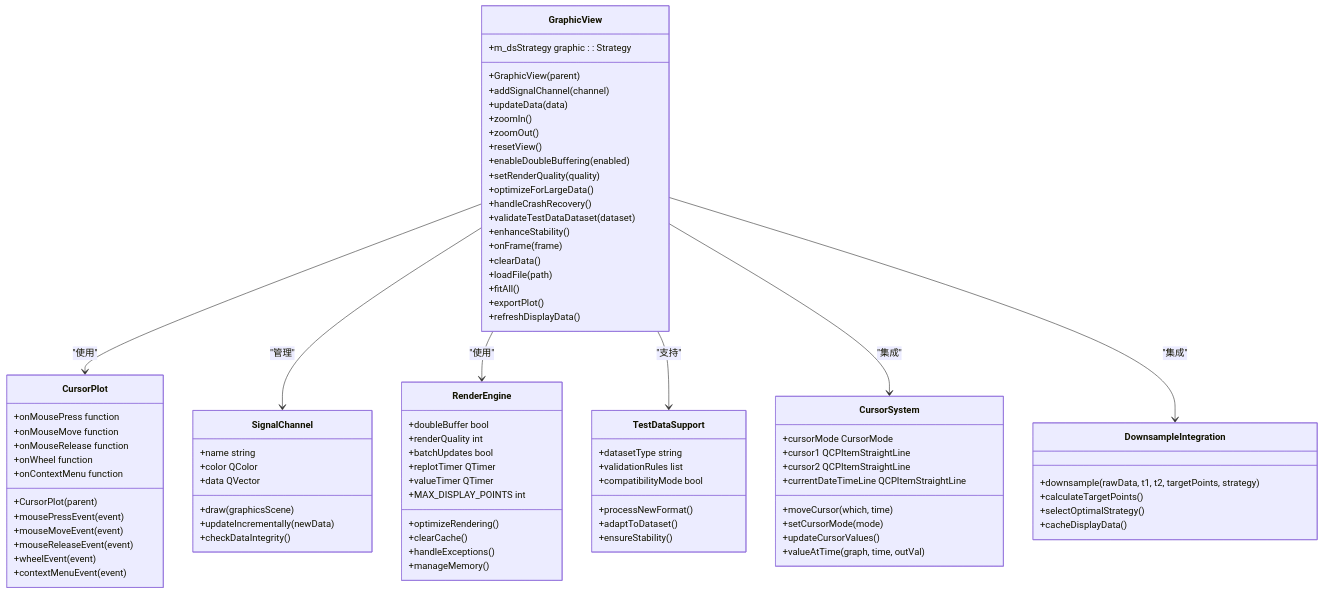
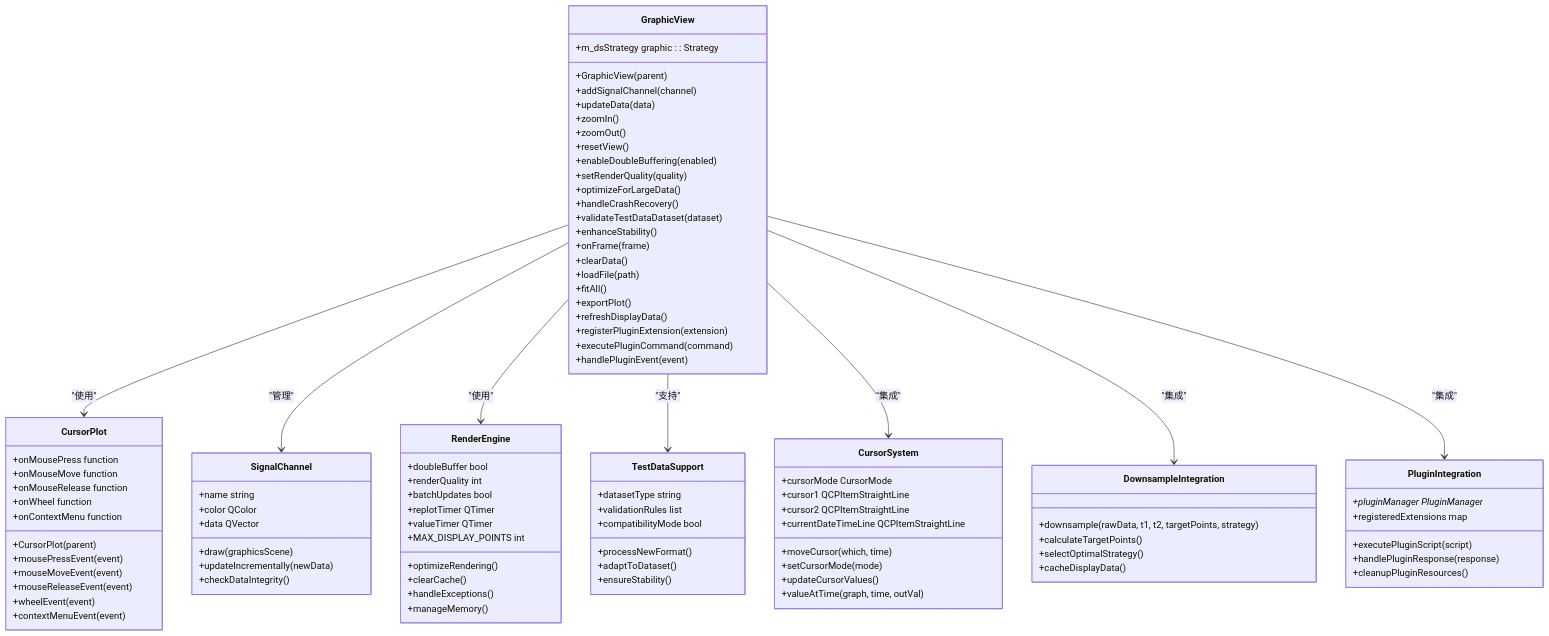
One commit to jakecai1225-design/OpenBus changed diagram 13 of 32 in .qoder/repowiki/zh/content/架构设计/UI系统设计/UI系统设计.md. Above: the diagram before and after it, drawn with Mermaid. The commit also changed other lines of this file and 78 other files, not shown here.

````diff
--- a/.qoder/repowiki/zh/content/架构设计/UI系统设计/UI系统设计.md
+++ b/.qoder/repowiki/zh/content/架构设计/UI系统设计/UI系统设计.md
@@ -1022,6 +1066,9 @@
 +exportPlot()
 +m_dsStrategy graphic : : Strategy
 +refreshDisplayData()
++registerPluginExtension(extension)
++executePluginCommand(command)
++handlePluginEvent(event)
 }
 class CursorPlot {
 +CursorPlot(parent)
@@ -1080,10 +1127,18 @@
 +selectOptimalStrategy()
 +cacheDisplayData()
 }
+class PluginIntegration {
++pluginManager PluginManager*
++registeredExtensions map
++executePluginScript(script)
++handlePluginResponse(response)
++cleanupPluginResources()
+}
 GraphicView --> CursorPlot : "使用"
 GraphicView --> SignalChannel : "管理"
 GraphicView --> RenderEngine : "使用"
 GraphicView --> TestDataSupport : "支持"
 GraphicView --> CursorSystem : "集成"
 GraphicView --> DownsampleIntegration : "集成"
+GraphicView --> PluginIntegration : "集成"
 ```
````
